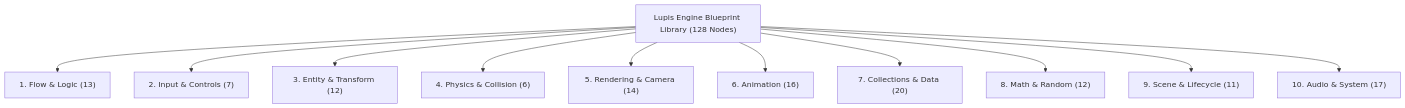
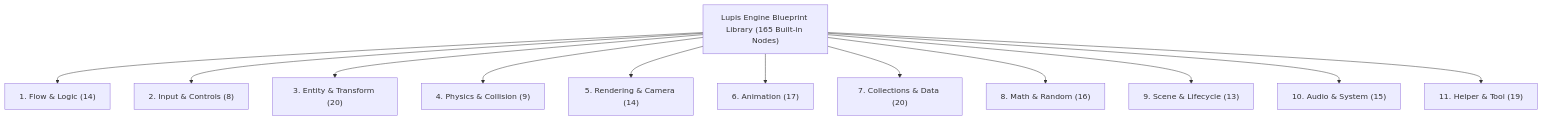
One commit to haikal-adnan/lupis-engine changed the second of 5 diagrams in docs/visual-scripting.md. Above: the diagram before and after it, drawn with Mermaid. The commit also changed other lines of this file and 32 other files, not shown here.

````diff
--- a/docs/visual-scripting.md
+++ b/docs/visual-scripting.md
@@ -46,14 +46,15 @@
 ```mermaid
 graph TD
-    A["Lupis Engine Blueprint Library (128 Nodes)"]
-    A --> C1["1. Flow & Logic (13)"]
-    A --> C2["2. Input & Controls (7)"]
-    A --> C3["3. Entity & Transform (12)"]
-    A --> C4["4. Physics & Collision (6)"]
+    A["Lupis Engine Blueprint Library (165 Built-in Nodes)"]
+    A --> C1["1. Flow & Logic (14)"]
+    A --> C2["2. Input & Controls (8)"]
+    A --> C3["3. Entity & Transform (20)"]
+    A --> C4["4. Physics & Collision (9)"]
     A --> C5["5. Rendering & Camera (14)"]
-    A --> C6["6. Animation (16)"]
+    A --> C6["6. Animation (17)"]
     A --> C7["7. Collections & Data (20)"]
-    A --> C8["8. Math & Random (12)"]
-    A --> C9["9. Scene & Lifecycle (11)"]
-    A --> C10["10. Audio & System (17)"]
+    A --> C8["8. Math & Random (16)"]
+    A --> C9["9. Scene & Lifecycle (13)"]
+    A --> C10["10. Audio & System (15)"]
+    A --> C11["11. Helper & Tool (19)"]
 ```
````
